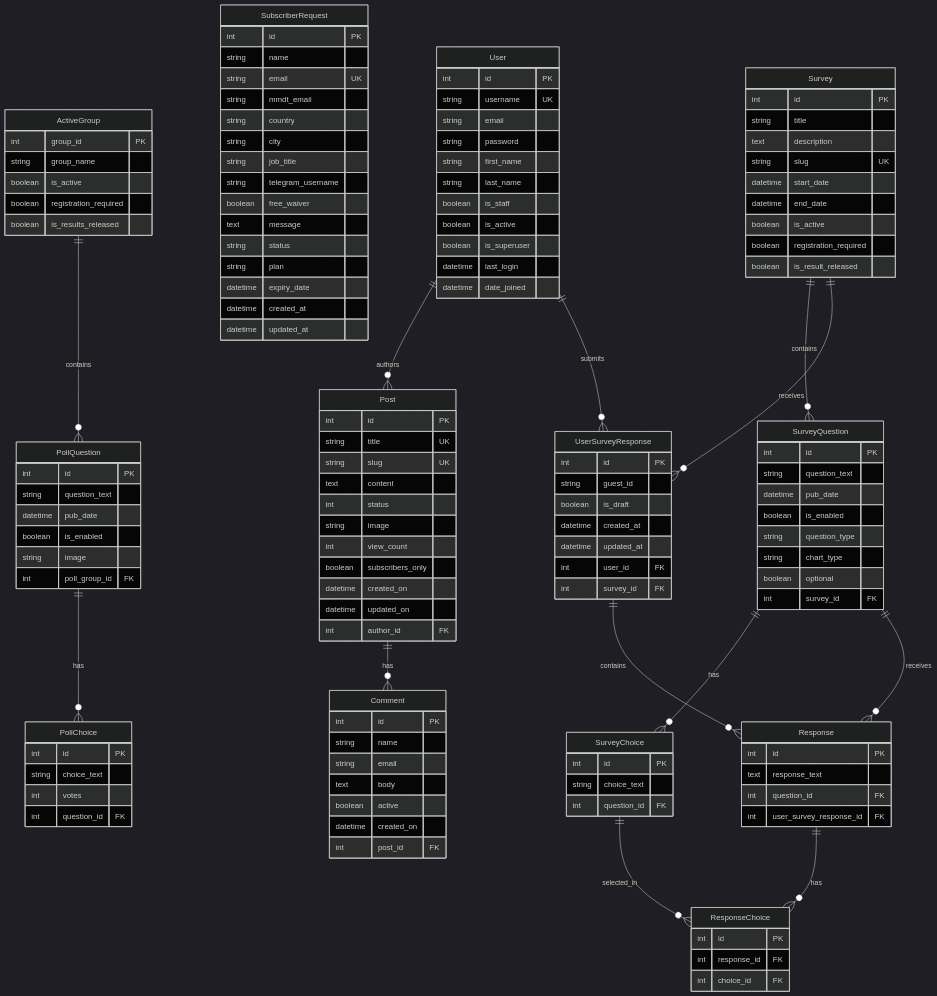
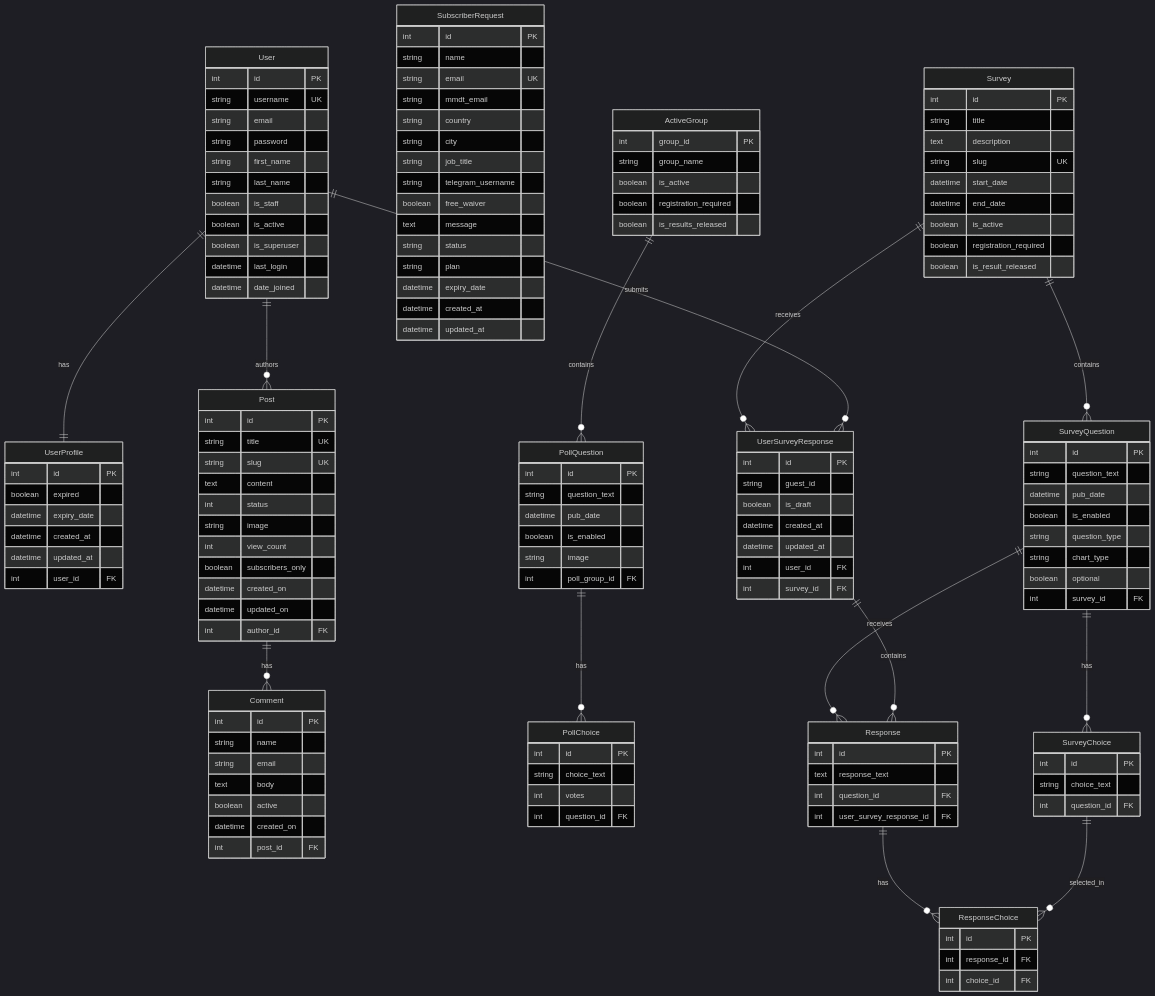
The diagram in DATABASE_SCHEMA.md (khinezarthwe/mmdt_web_app), drawn with Mermaid (dark theme) before and after one commit. The commit also changed 15 other files, not shown here.

```diff
--- a/DATABASE_SCHEMA.md
+++ b/DATABASE_SCHEMA.md
@@ -17,6 +17,15 @@
         boolean is_superuser
         datetime last_login
         datetime date_joined
+    }
+
+    UserProfile {
+        int id PK
+        boolean expired
+        datetime expiry_date
+        datetime created_at
+        datetime updated_at
+        int user_id FK
     }
 
     %% Blog App Models
@@ -141,6 +150,7 @@
     }
 
     %% Relationships
+    User ||--|| UserProfile : "has"
     User ||--o{ Post : "authors"
     Post ||--o{ Comment : "has"
     
```
